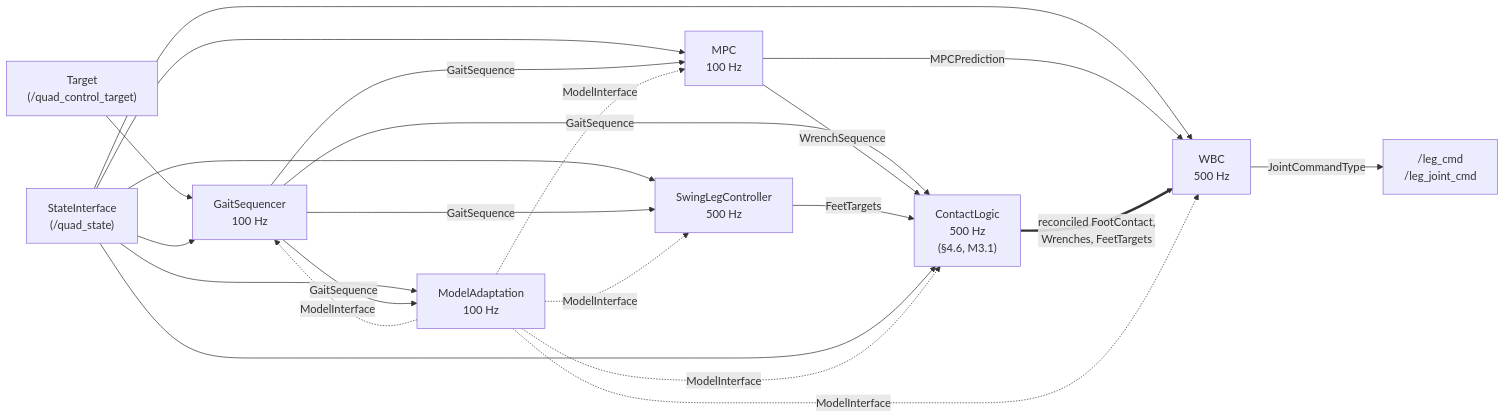
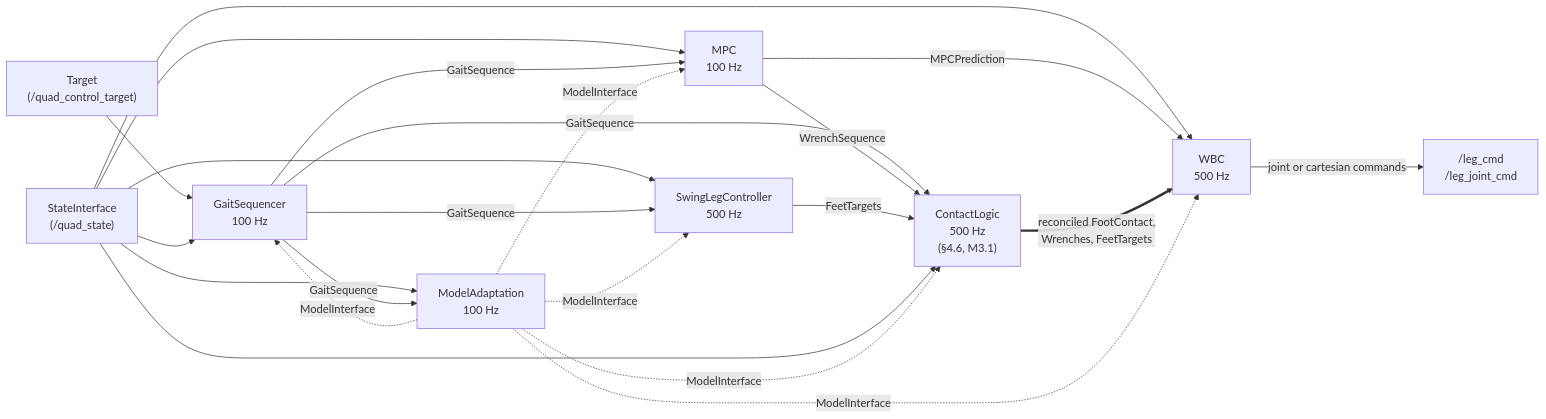
One commit to thalesasoares/dfki-quad changed the diagram in doc/modularity/stage_contracts.md. Above: the diagram before and after it, drawn with Mermaid. The commit also changed other lines of this file and 7 other files, not shown here.

````diff
--- a/doc/modularity/stage_contracts.md
+++ b/doc/modularity/stage_contracts.md
@@ -51,16 +51,16 @@
 ```mermaid
 flowchart LR
     T["Target<br/>(/quad_control_target)"] --> GS
     S["StateInterface<br/>(/quad_state)"] --> GS & MPC & SLC & WBC & MA
     GS["GaitSequencer<br/>100 Hz"] -->|GaitSequence| MPC["MPC<br/>100 Hz"]
     GS -->|GaitSequence| SLC["SwingLegController<br/>500 Hz"]
     GS -->|GaitSequence| MA
     GS -->|GaitSequence| CL
     MPC -->|MPCPrediction| WBC["WBC<br/>500 Hz"]
     MPC -->|WrenchSequence| CL
     SLC -->|FeetTargets| CL
     S --> CL
     CL["ContactLogic<br/>500 Hz<br/>(§4.6, M3.1)"] ==>|reconciled FootContact,<br/>Wrenches, FeetTargets| WBC
-    WBC -->|JointCommandType| OUT["/leg_cmd<br/>/leg_joint_cmd"]
+    WBC -->|joint or cartesian commands| OUT["/leg_cmd<br/>/leg_joint_cmd"]
     MA["ModelAdaptation<br/>100 Hz"] -.->|ModelInterface| GS & MPC & SLC & WBC & CL
 ```
````
